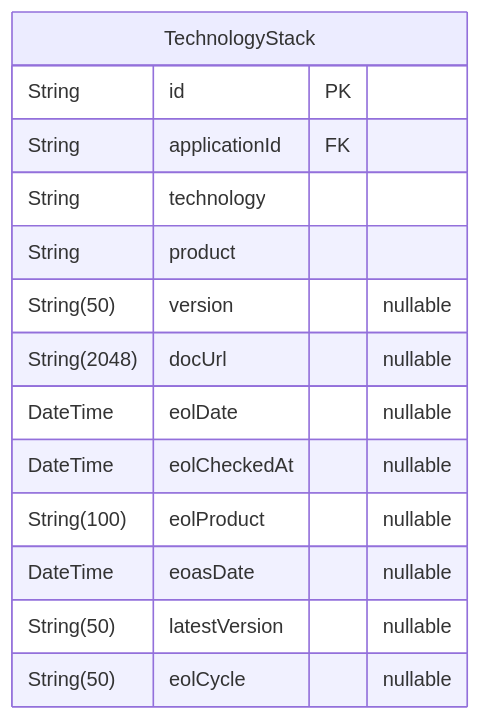
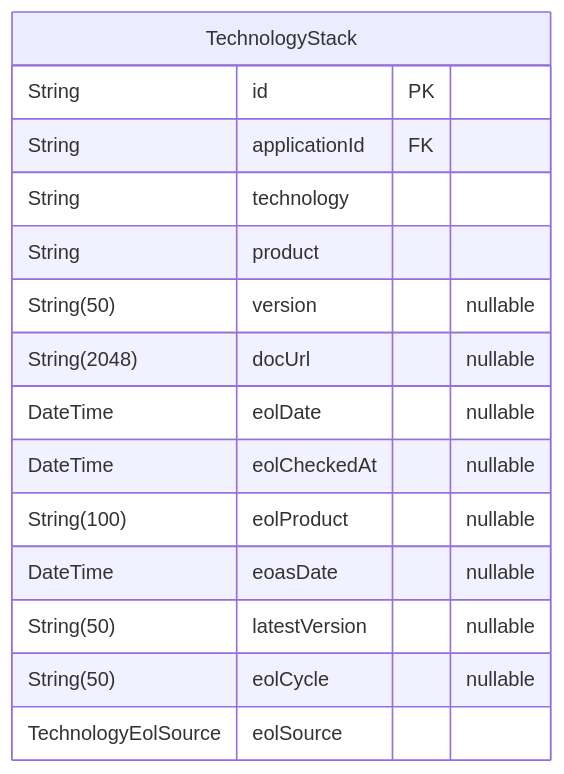
One commit to dnum-mi/referentiel-applications changed diagram 14 of 15 in backend/prisma/docs/schema.md. Above: the diagram before and after it, drawn with Mermaid. The commit also changed other lines of this file and 30 other files, not shown here.

````diff
--- a/backend/prisma/docs/schema.md
+++ b/backend/prisma/docs/schema.md
@@ -1299,17 +1299,18 @@
 ```mermaid
 erDiagram
 "TechnologyStack" {
   String id PK
   String applicationId FK
   String technology
   String product
   String(50) version "nullable"
   String(2048) docUrl "nullable"
   DateTime eolDate "nullable"
   DateTime eolCheckedAt "nullable"
   String(100) eolProduct "nullable"
   DateTime eoasDate "nullable"
   String(50) latestVersion "nullable"
   String(50) eolCycle "nullable"
+  TechnologyEolSource eolSource
 }
 ```
````
